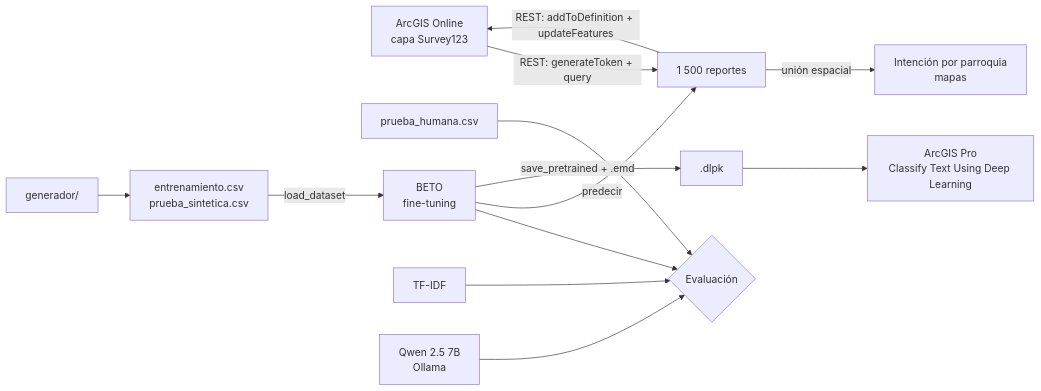
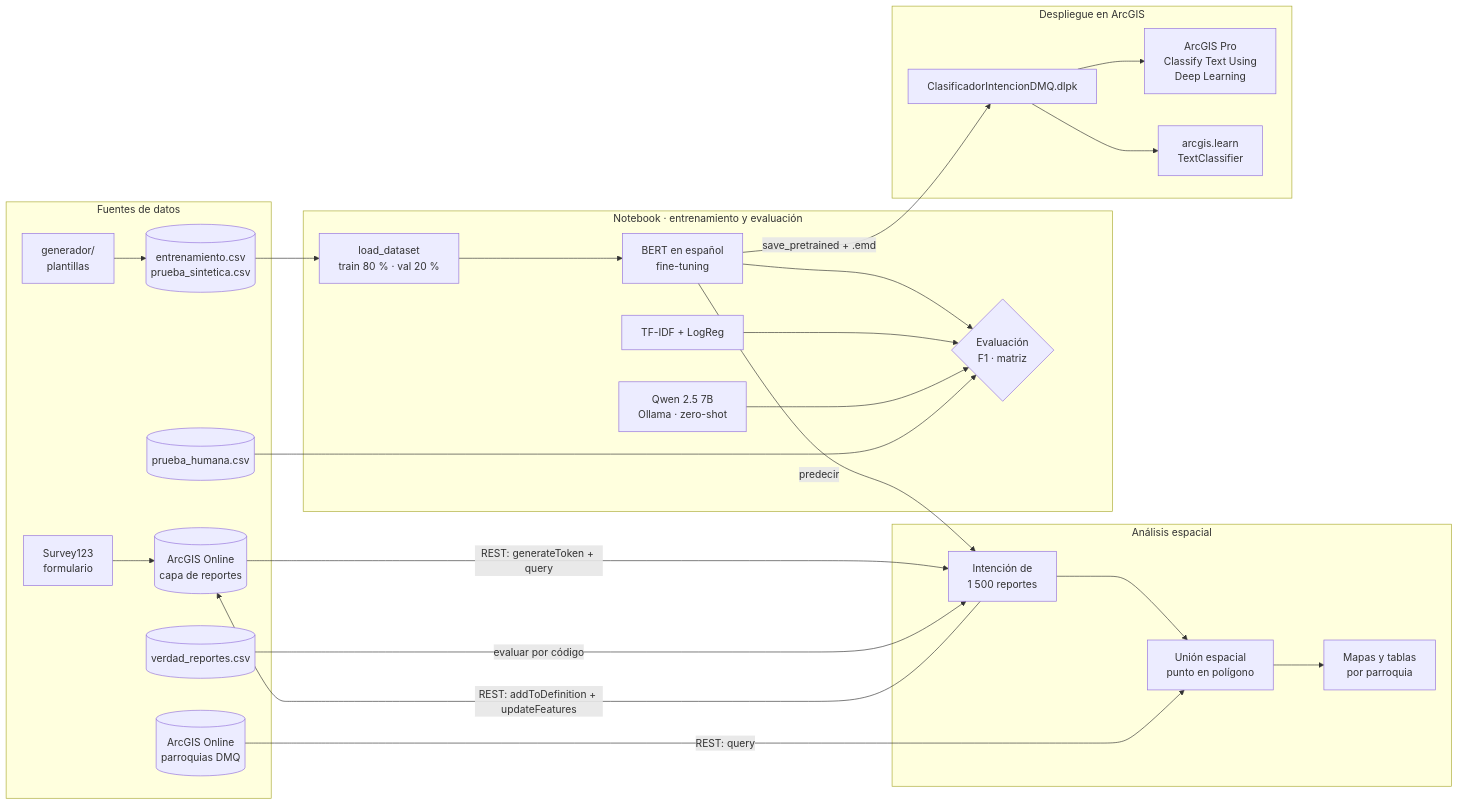
The first of 4 diagrams in README.md (osbonilla/clasificador-intencion-dmq), drawn with Mermaid before and after one commit. The commit also changed other lines of this file and 2 other files, not shown here.

````diff
--- a/README.md
+++ b/README.md
@@ -145,15 +156,35 @@
 ```mermaid
 flowchart LR
-    A[ArcGIS Online<br/>capa Survey123] -->|REST: generateToken + query| B[1 500 reportes]
-    G[generador/] --> D[entrenamiento.csv<br/>prueba_sintetica.csv]
-    H[prueba_humana.csv] --> F
-    D -->|load_dataset| E[BETO<br/>fine-tuning]
-    E --> F{Evaluación}
-    T[TF-IDF] --> F
-    Q[Qwen 2.5 7B<br/>Ollama] --> F
-    E -->|predecir| B
-    B -->|unión espacial| P[Intención por parroquia<br/>mapas]
-    E -->|save_pretrained + .emd| K[.dlpk]
-    K --> L[ArcGIS Pro<br/>Classify Text Using Deep Learning]
-    B -->|REST: addToDefinition + updateFeatures| A
+    subgraph FUENTES["Fuentes de datos"]
+        S123["Survey123<br/>formulario"] --> AGOL[("ArcGIS Online<br/>capa de reportes")]
+        PARR[("ArcGIS Online<br/>parroquias DMQ")]
+        GEN["generador/<br/>plantillas"] --> CSV[("entrenamiento.csv<br/>prueba_sintetica.csv")]
+        HUM[("prueba_humana.csv")]
+        VER[("verdad_reportes.csv")]
+    end
+
+    subgraph NB["Notebook · entrenamiento y evaluación"]
+        DS["load_dataset<br/>train 80 % · val 20 %"] --> BERT["BERT en español<br/>fine-tuning"]
+        BERT --> EV{"Evaluación<br/>F1 · matriz"}
+        TF["TF-IDF + LogReg"] --> EV
+        QW["Qwen 2.5 7B<br/>Ollama · zero-shot"] --> EV
+    end
+
+    subgraph GEO["Análisis espacial"]
+        PRED["Intención de<br/>1 500 reportes"] --> UNI["Unión espacial<br/>punto en polígono"] --> MAP["Mapas y tablas<br/>por parroquia"]
+    end
+
+    subgraph DEP["Despliegue en ArcGIS"]
+        DLPK["ClasificadorIntencionDMQ.dlpk"] --> PRO["ArcGIS Pro<br/>Classify Text Using<br/>Deep Learning"]
+        DLPK --> LEARN["arcgis.learn<br/>TextClassifier"]
+    end
+
+    CSV --> DS
+    HUM --> EV
+    AGOL -->|"REST: generateToken + query"| PRED
+    BERT -->|predecir| PRED
+    VER -->|"evaluar por código"| PRED
+    PARR -->|"REST: query"| UNI
+    BERT -->|"save_pretrained + .emd"| DLPK
+    PRED -->|"REST: addToDefinition + updateFeatures"| AGOL
 ```
````
